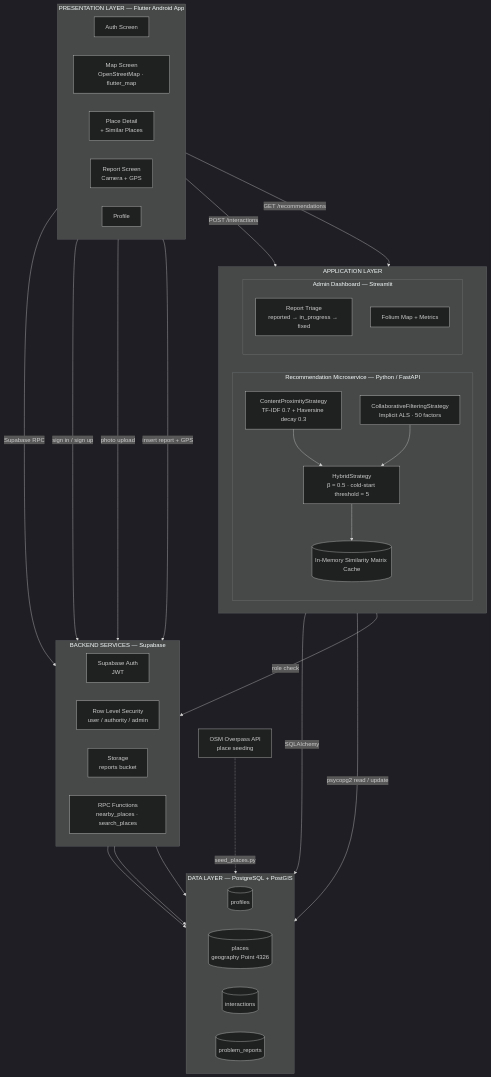
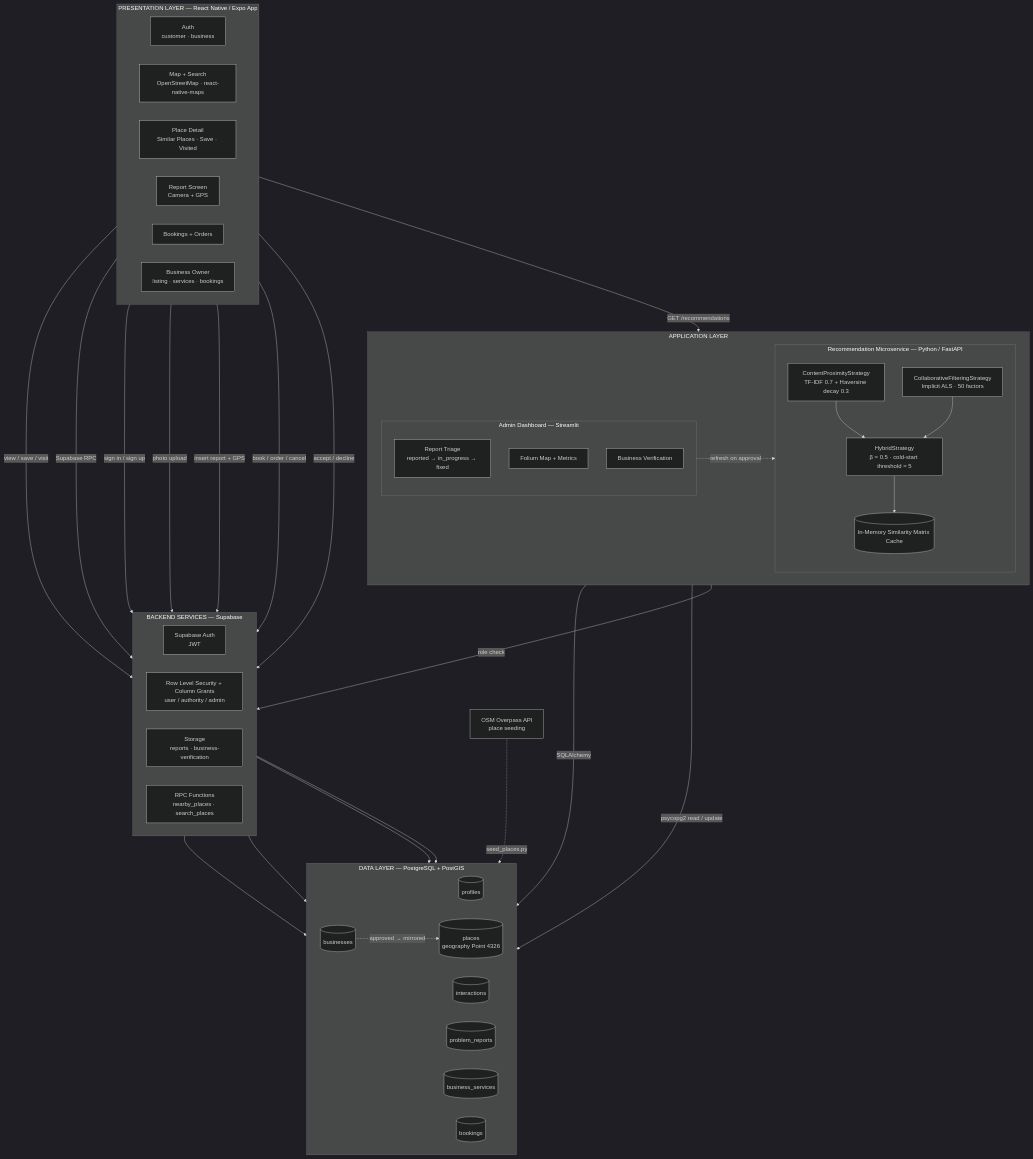
Before and after one commit to ABUBAK3R-K/Capstone-Project: the diagram in docs/ARCHITECTURE_DIAGRAM_PROMPT.md, drawn with Mermaid (dark theme). The commit also changed other lines of this file and 21 other files, not shown here.

Commit message:
docs: phase 4 - update comprehensive project documentation, architecture, and status

````diff
--- a/docs/ARCHITECTURE_DIAGRAM_PROMPT.md
+++ b/docs/ARCHITECTURE_DIAGRAM_PROMPT.md
@@ -90,61 +99,71 @@
 ```mermaid
 flowchart TB
-  subgraph L1["PRESENTATION LAYER — Flutter Android App"]
+  subgraph L1["PRESENTATION LAYER — React Native / Expo App"]
     direction LR
-    A1["Auth Screen"]
-    A2["Map Screen<br/>OpenStreetMap · flutter_map"]
-    A3["Place Detail<br/>+ Similar Places"]
+    A1["Auth<br/>customer · business"]
+    A2["Map + Search<br/>OpenStreetMap · react-native-maps"]
+    A3["Place Detail<br/>Similar Places · Save · Visited"]
     A4["Report Screen<br/>Camera + GPS"]
-    A5["Profile"]
+    A5["Bookings + Orders"]
+    A6["Business Owner<br/>listing · services · bookings"]
   end
 
   subgraph L2["APPLICATION LAYER"]
     direction LR
     subgraph RS["Recommendation Microservice — Python / FastAPI"]
       direction TB
       R1["ContentProximityStrategy<br/>TF-IDF 0.7 + Haversine decay 0.3"]
       R2["CollaborativeFilteringStrategy<br/>Implicit ALS · 50 factors"]
       R3["HybridStrategy<br/>β = 0.5 · cold-start threshold = 5"]
       R4[("In-Memory Similarity Matrix Cache")]
       R1 --> R3
       R2 --> R3
       R3 --> R4
     end
     subgraph AD["Admin Dashboard — Streamlit"]
       direction TB
       D1["Report Triage<br/>reported → in_progress → fixed"]
       D2["Folium Map + Metrics"]
+      D3["Business Verification"]
     end
   end
 
   subgraph L3["BACKEND SERVICES — Supabase"]
     direction LR
     S1["Supabase Auth<br/>JWT"]
-    S2["Row Level Security<br/>user / authority / admin"]
-    S3["Storage<br/>reports bucket"]
+    S2["Row Level Security + Column Grants<br/>user / authority / admin"]
+    S3["Storage<br/>reports · business-verification"]
     S4["RPC Functions<br/>nearby_places · search_places"]
   end
 
   subgraph L4["DATA LAYER — PostgreSQL + PostGIS"]
     direction LR
     T1[("profiles")]
     T2[("places<br/>geography Point 4326")]
     T3[("interactions")]
     T4[("problem_reports")]
+    T5[("businesses")]
+    T6[("business_services")]
+    T7[("bookings")]
   end
 
   OSM["OSM Overpass API<br/>place seeding"] -.->|"seed_places.py"| T2
 
-  A3 -->|"POST /interactions"| RS
   A3 -->|"GET /recommendations"| RS
+  A3 -->|"view / save / visit"| S2
   A2 -->|"Supabase RPC"| S4
   A1 -->|"sign in / sign up"| S1
   A4 -->|"photo upload"| S3
   A4 -->|"insert report + GPS"| S2
   RS -->|"SQLAlchemy"| L4
   AD -->|"psycopg2 read / update"| L4
   AD -->|"role check"| S1
+  AD -.->|"refresh on approval"| RS
+  A5 -->|"book / order / cancel"| S2
+  A6 -->|"accept / decline"| S2
+  S2 --> T7
+  T5 -.->|"approved → mirrored"| T2
   S4 --> T2
   S2 --> T4
   S1 --> T1
 ```
````
